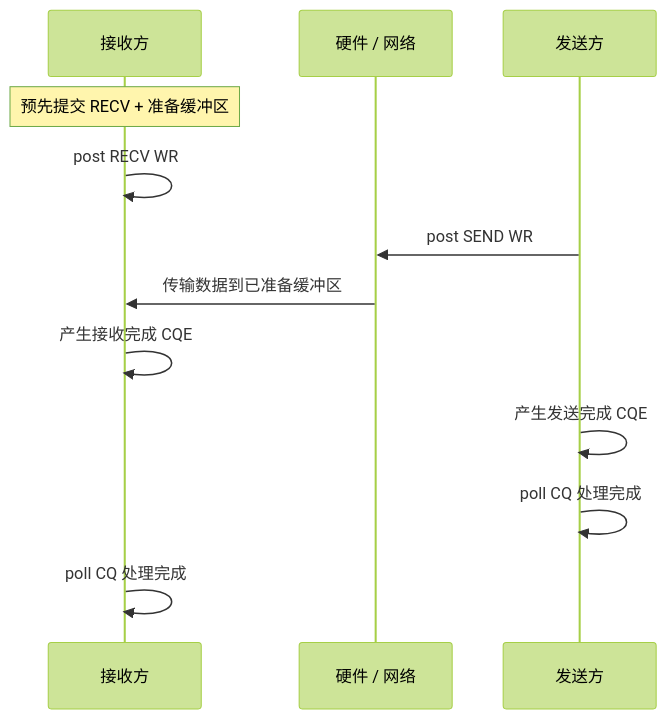
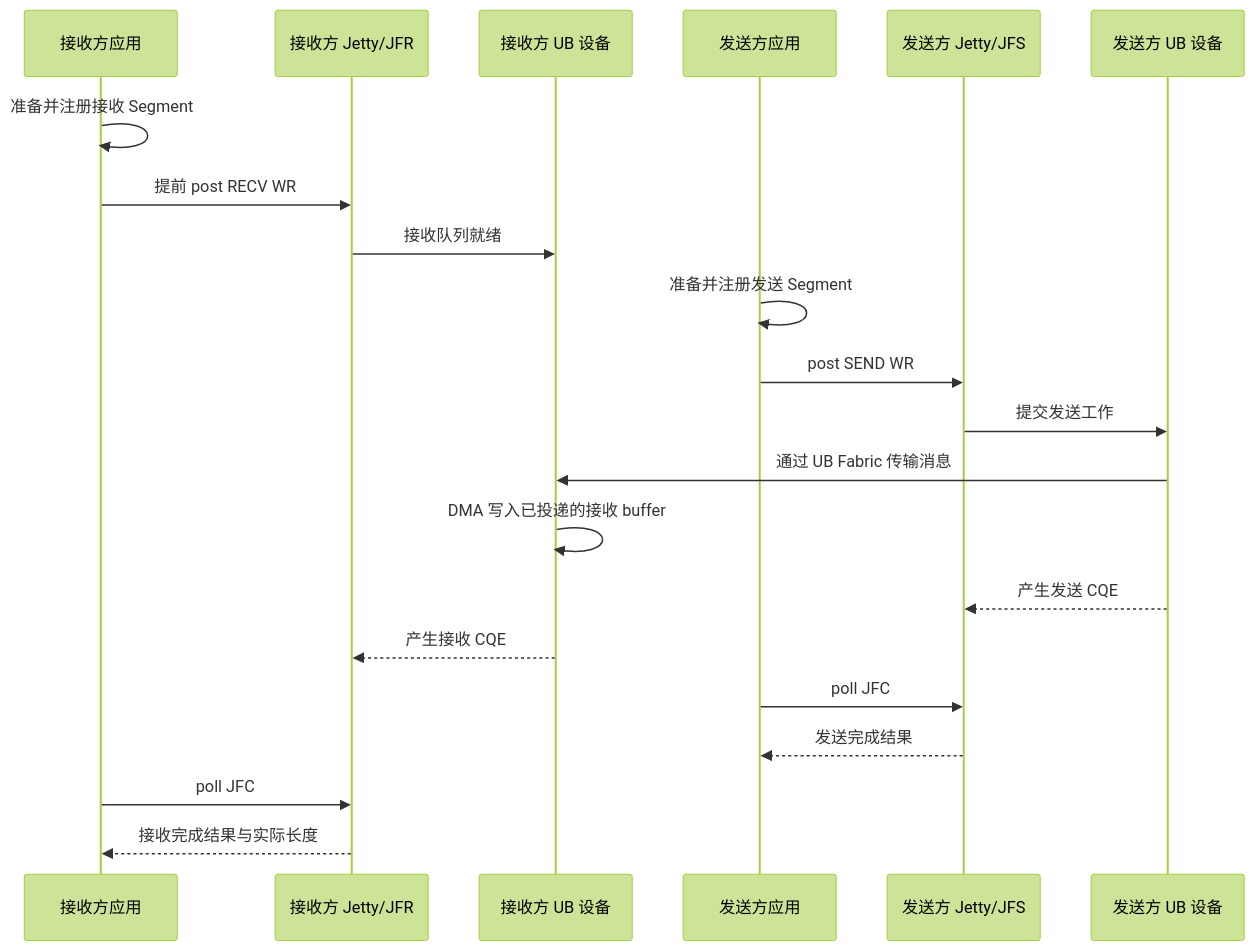
Diagram 11 of 13 in share/dragonfly-urma-basic-sharing.md (YIYUANYUAN1116/engineering-lab), drawn with Mermaid (forest theme) before and after one commit. The commit also changed other lines of this file and 1 other file, not shown here.

````diff
--- a/share/dragonfly-urma-basic-sharing.md
+++ b/share/dragonfly-urma-basic-sharing.md
@@ -474,14 +601,26 @@
-```mermaid
+~~~mermaid
 sequenceDiagram
-    participant Recv as 接收方
-    participant HW as 硬件 / 网络
-    participant Send as 发送方
-    Note over Recv: 预先提交 RECV + 准备缓冲区
-    Recv->>Recv: post RECV WR
-    Send->>HW: post SEND WR
-    HW->>Recv: 传输数据到已准备缓冲区
-    Recv->>Recv: 产生接收完成 CQE
-    Send->>Send: 产生发送完成 CQE
-    Send->>Send: poll CQ 处理完成
-    Recv->>Recv: poll CQ 处理完成
-```
+    participant RApp as 接收方应用
+    participant RJ as 接收方 Jetty/JFR
+    participant RDev as 接收方 UB 设备
+    participant SApp as 发送方应用
+    participant SJ as 发送方 Jetty/JFS
+    participant SDev as 发送方 UB 设备
+
+    RApp->>RApp: 准备并注册接收 Segment
+    RApp->>RJ: 提前 post RECV WR
+    RJ->>RDev: 接收队列就绪
+
+    SApp->>SApp: 准备并注册发送 Segment
+    SApp->>SJ: post SEND WR
+    SJ->>SDev: 提交发送工作
+    SDev->>RDev: 通过 UB Fabric 传输消息
+    RDev->>RDev: DMA 写入已投递的接收 buffer
+
+    SDev-->>SJ: 产生发送 CQE
+    RDev-->>RJ: 产生接收 CQE
+    SApp->>SJ: poll JFC
+    SJ-->>SApp: 发送完成结果
+    RApp->>RJ: poll JFC
+    RJ-->>RApp: 接收完成结果与实际长度
+~~~
````
